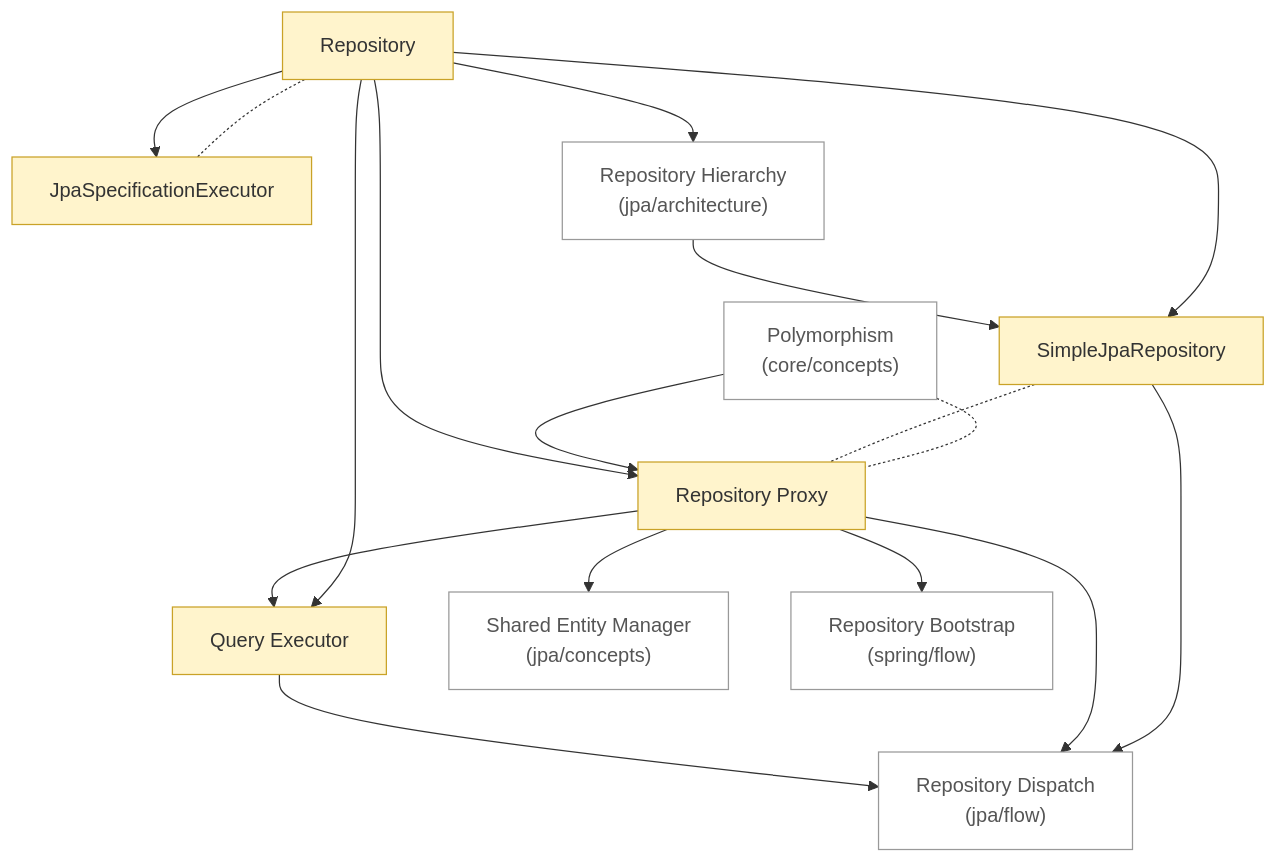
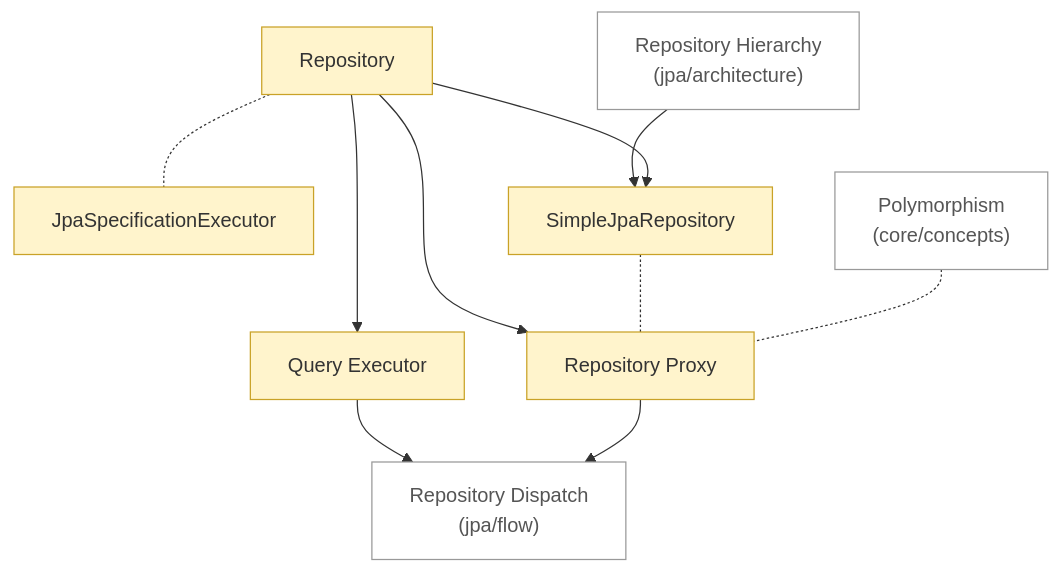
One commit to Pizza-Mozzarella/self-learning changed the diagram in notes/backend/spring/data/jpa/concepts/README.md. Above: the diagram before and after it, drawn with Mermaid. The commit also changed other lines of this file and 13 other files, not shown here.

````diff
--- a/notes/backend/spring/data/jpa/concepts/README.md
+++ b/notes/backend/spring/data/jpa/concepts/README.md
@@ -6,33 +6,24 @@
 ```mermaid
 flowchart TD
     n0["JpaSpecificationExecutor"]:::draft
     n1["Query Executor"]:::draft
     n2["Repository Proxy"]:::draft
     n3["Repository"]:::draft
     n4["SimpleJpaRepository"]:::draft
-    n5["Shared Entity Manager<br/>(jpa/concepts)"]:::ext
-    n6["Repository Hierarchy<br/>(jpa/architecture)"]:::ext
-    n7["Repository Dispatch<br/>(jpa/flow)"]:::ext
-    n8["Repository Bootstrap<br/>(spring/flow)"]:::ext
-    n9["Polymorphism<br/>(core/concepts)"]:::ext
-    n2 --> n5
-    n3 --> n6
-    n6 --> n4
-    n3 --> n0
-    n2 --> n1
-    n1 --> n7
+    n5["Repository Hierarchy<br/>(jpa/architecture)"]:::ext
+    n6["Repository Dispatch<br/>(jpa/flow)"]:::ext
+    n7["Polymorphism<br/>(core/concepts)"]:::ext
+    n5 --> n4
+    n1 --> n6
+    n2 --> n6
+    n3 --> n4
     n3 --> n2
-    n9 --> n2
-    n2 --> n7
-    n3 --> n4
     n3 --> n1
     n3 -.- n0
     n4 -.- n2
-    n4 --> n7
-    n2 --> n8
-    n9 -.- n2
+    n7 -.- n2
     classDef stub fill:#eeeeee,stroke:#999999,stroke-dasharray:4 3,color:#555555
     classDef draft fill:#fff4cc,stroke:#c9a227,color:#333333
     classDef ok fill:#d8f0dc,stroke:#3a9d5d,color:#222222
     classDef ext fill:#ffffff,stroke:#999999,color:#555555
 ```
````
